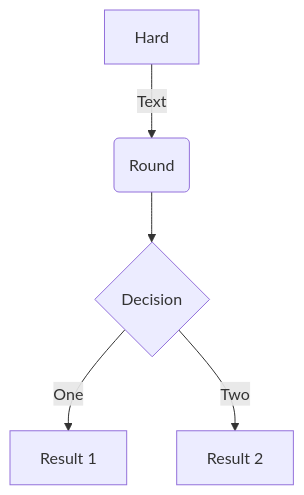
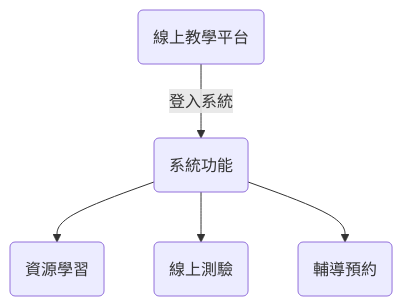
The diagram in netcore6/webapi/Mermaid.md (airmanxtw/StustTraining), drawn with Mermaid before and after one commit.

````diff
--- a/netcore6/webapi/Mermaid.md
+++ b/netcore6/webapi/Mermaid.md
@@ -1,7 +1,7 @@
 ``` mermaid
 graph TD
-  A[Hard] -->|Text| B(Round)
-  B --> C{Decision}
-  C -->|One| D[Result 1]
-  C -->|Two| E[Result 2]
+  A(線上教學平台) -->|登入系統| B(系統功能)
+  B --> C(資源學習)
+  B --> D(線上測驗)
+  B --> E(輔導預約)
 ```
````
